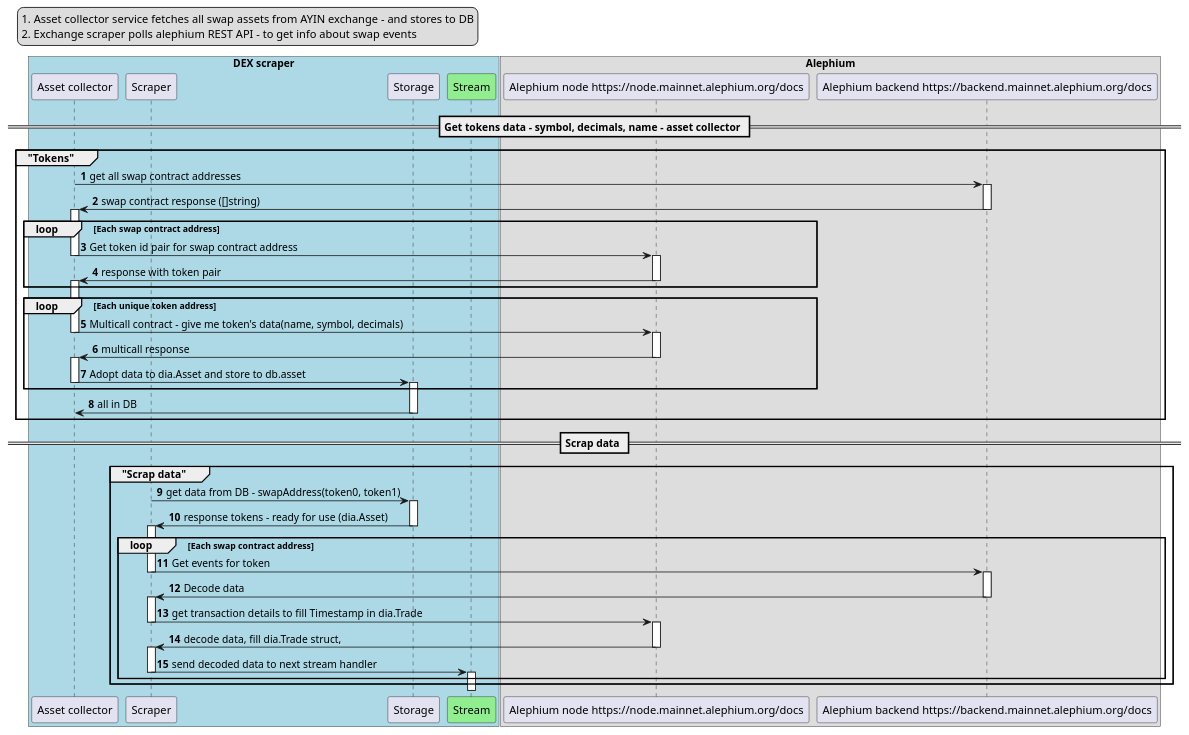
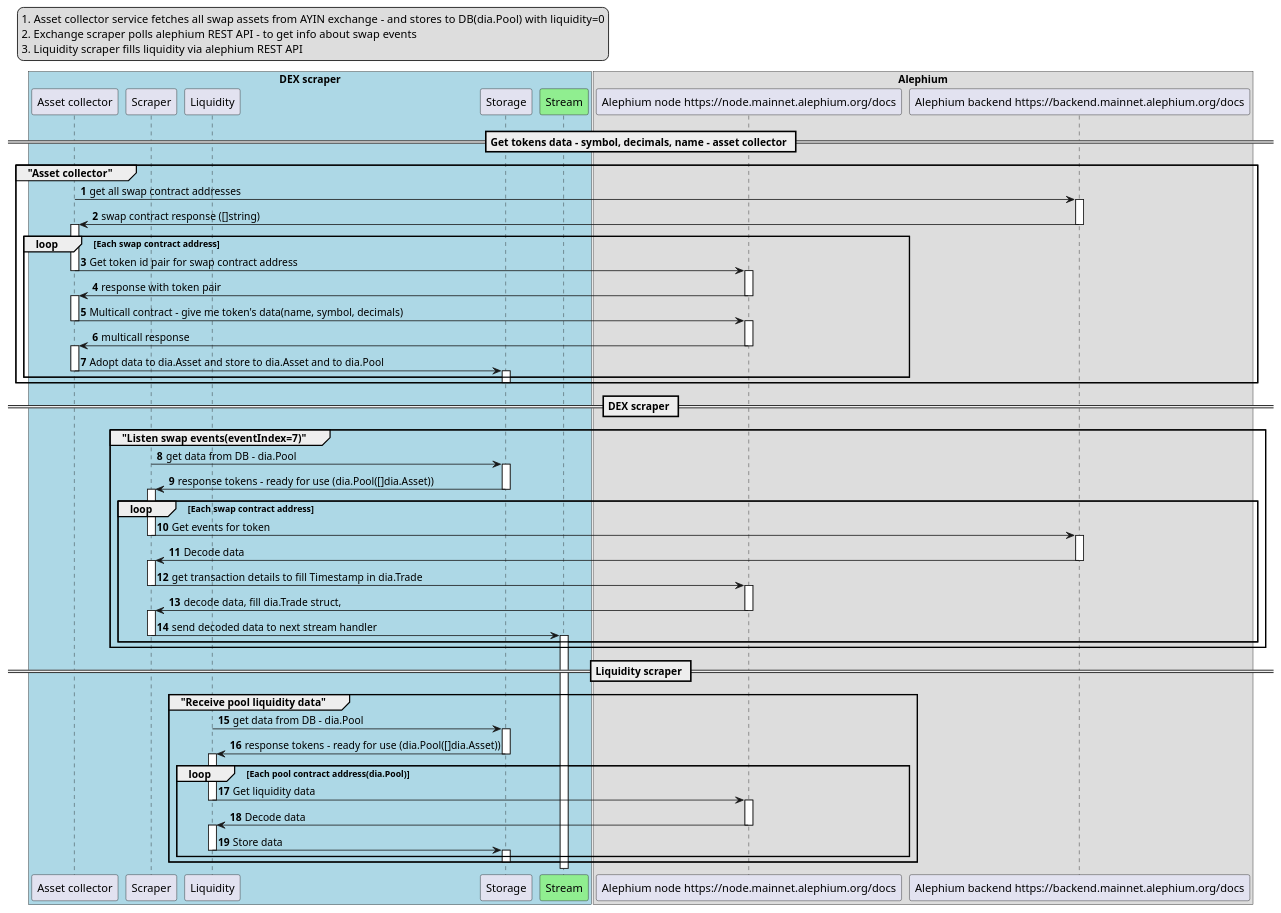
One commit to diadata-org/diadata changed the diagram in documentation/tutorials/exchange-scrapers/alephium/alephium-ayin-dex-scraper-flow.puml. Above: the diagram before and after it, drawn with PlantUML. The commit also changed 1 other file, not shown here.

Commit message:
docs for alephium

```diff
--- a/documentation/tutorials/exchange-scrapers/alephium/alephium-ayin-dex-scraper-flow.puml
+++ b/documentation/tutorials/exchange-scrapers/alephium/alephium-ayin-dex-scraper-flow.puml
@@ -1,62 +1,78 @@
 @startuml
 
 legend top left
-  1. Asset collector service fetches all swap assets from AYIN exchange - and stores to DB
+  1. Asset collector service fetches all swap assets from AYIN exchange - and stores to DB(dia.Pool) with liquidity=0
   2. Exchange scraper polls alephium REST API - to get info about swap events
+  3. Liquidity scraper fills liquidity via alephium REST API
 end legend
 
 box "DEX scraper" #LightBlue
 participant "Asset collector" as assetCollector
 participant "Scraper" as scraper
+participant "Liquidity" as liquidity
 participant "Storage" as storage
 participant "Stream" as stream #LightGreen
 end box
 
 box Alephium
 participant "Alephium node https://node.mainnet.alephium.org/docs" as anode
 participant "Alephium backend https://backend.mainnet.alephium.org/docs" as abackend
 end box
 
 == Get tokens data - symbol, decimals, name - asset collector ==
 
-group "Tokens"
+group "Asset collector"
 
 autonumber
 assetCollector -> abackend++: get all swap contract addresses
 abackend -> assetCollector--++: swap contract response ([]string)
 loop Each swap contract address
   assetCollector -> anode--++: Get token id pair for swap contract address
   anode ->  assetCollector--++: response with token pair
+  assetCollector -> anode--++: Multicall contract - give me token's data(name, symbol, decimals)
+  anode -> assetCollector--++: multicall response
+  assetCollector -> storage--++: Adopt data to dia.Asset and store to dia.Asset and to dia.Pool
 end
 
-loop Each unique token address
-  assetCollector -> anode--++: Multicall contract - give me token's data(name, symbol, decimals)
-  anode -> assetCollector--++: multicall response
-  assetCollector -> storage--++: Adopt data to dia.Asset and store to db.asset
-end
-
-storage -> assetCollector--: all in DB
-
+deactivate storage
 deactivate assetCollector
 
 end group
 
 
-== Scrap data ==
+== DEX scraper ==
 
-group "Scrap data"
+group "Listen swap events(eventIndex=7)"
 
-scraper -> storage--++: get data from DB - swapAddress(token0, token1)
-storage -> scraper--++: response tokens - ready for use (dia.Asset)
+scraper -> storage--++: get data from DB - dia.Pool
+storage -> scraper--++: response tokens - ready for use (dia.Pool([]dia.Asset))
 
 loop Each swap contract address
   scraper -> abackend--++: Get events for token
   abackend -> scraper--++: Decode data
   scraper -> anode--++: get transaction details to fill Timestamp in dia.Trade
   anode -> scraper--++: decode data, fill dia.Trade struct,
   scraper -> stream--++: send decoded data to next stream handler
 end     
 
 end group
 
+== Liquidity scraper ==
+
+group "Receive pool liquidity data"
+
+liquidity -> storage--++: get data from DB - dia.Pool
+storage -> liquidity--++: response tokens - ready for use (dia.Pool([]dia.Asset))
+
+loop Each pool contract address(dia.Pool)
+    liquidity -> anode--++: Get liquidity data
+    anode -> liquidity--++: Decode data
+    liquidity -> storage--++: Store data
+end
+
+deactivate storage
+deactivate liquidity
+
+end group
+
 @enduml
```
